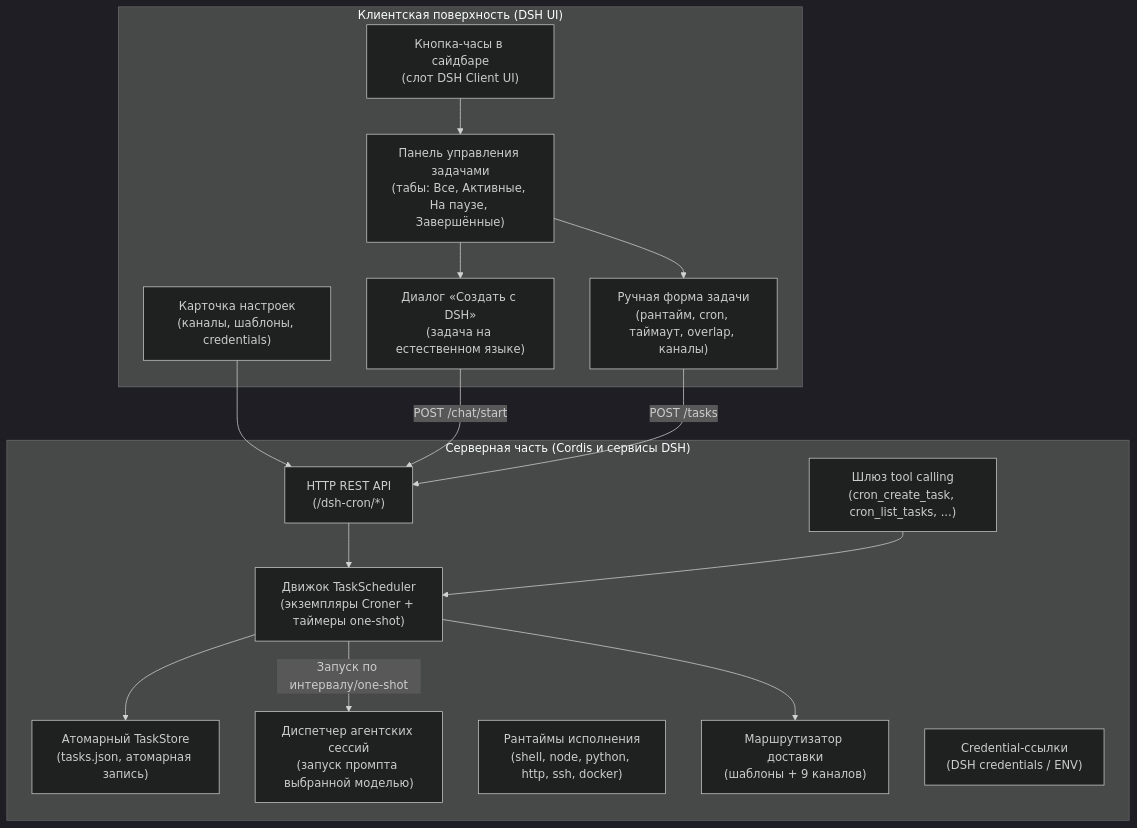
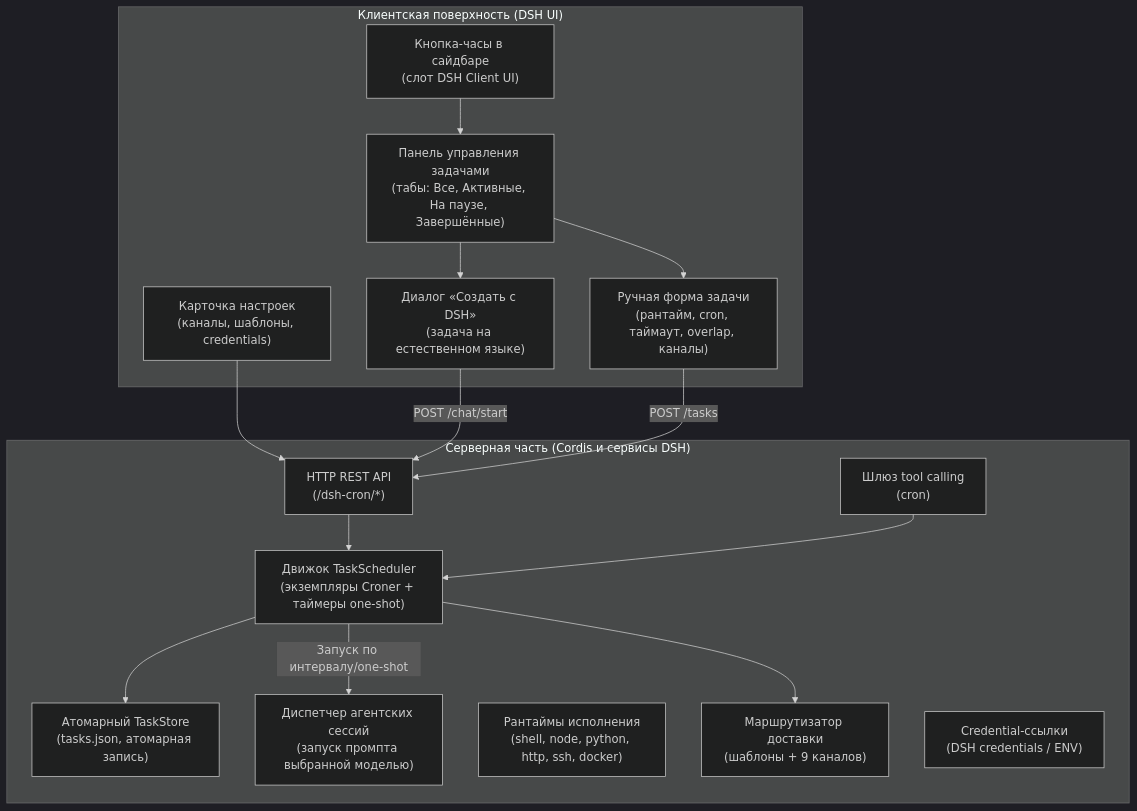
One commit to GooDAnDReaDY/dsh-cron changed the diagram in README.ru.md. Above: the diagram before and after it, drawn with Mermaid (dark theme). The commit also changed other lines of this file and 10 other files, not shown here.

````diff
--- a/README.ru.md
+++ b/README.ru.md
@@ -55,33 +55,33 @@
 ```mermaid
 graph TD
     subgraph Client ["Клиентская поверхность (DSH UI)"]
         SidebarBtn["Кнопка-часы в сайдбаре<br/>(слот DSH Client UI)"]
         Overlay["Панель управления задачами<br/>(табы: Все, Активные, На паузе, Завершённые)"]
         CreateWithDSH["Диалог «Создать с DSH»<br/>(задача на естественном языке)"]
         ManualForm["Ручная форма задачи<br/>(рантайм, cron, таймаут, overlap, каналы)"]
         SettingsCard["Карточка настроек<br/>(каналы, шаблоны, credentials)"]
     end
 
     subgraph Server ["Серверная часть (Cordis и сервисы DSH)"]
         HttpRoutes["HTTP REST API<br/>(/dsh-cron/*)"]
-        AgentTools["Шлюз tool calling<br/>(cron_create_task, cron_list_tasks, ...)"]
+        AgentTools["Шлюз tool calling<br/>(cron)"]
         Scheduler["Движок TaskScheduler<br/>(экземпляры Croner + таймеры one-shot)"]
         Store["Атомарный TaskStore<br/>(tasks.json, атомарная запись)"]
         AgentRunner["Диспетчер агентских сессий<br/>(запуск промпта выбранной моделью)"]
         Runtimes["Рантаймы исполнения<br/>(shell, node, python, http, ssh, docker)"]
         Notify["Маршрутизатор доставки<br/>(шаблоны + 9 каналов)"]
         Secrets["Credential-ссылки<br/>(DSH credentials / ENV)"]
     end
 
     SidebarBtn --> Overlay
     Overlay --> CreateWithDSH
     Overlay --> ManualForm
     SettingsCard --> HttpRoutes
     CreateWithDSH -->|POST /chat/start| HttpRoutes
     ManualForm -->|POST /tasks| HttpRoutes
     HttpRoutes --> Scheduler
     AgentTools --> Scheduler
     Scheduler --> Store
     Scheduler -->|Запуск по интервалу/one-shot| AgentRunner
     Scheduler --> Notify
 ```
````
